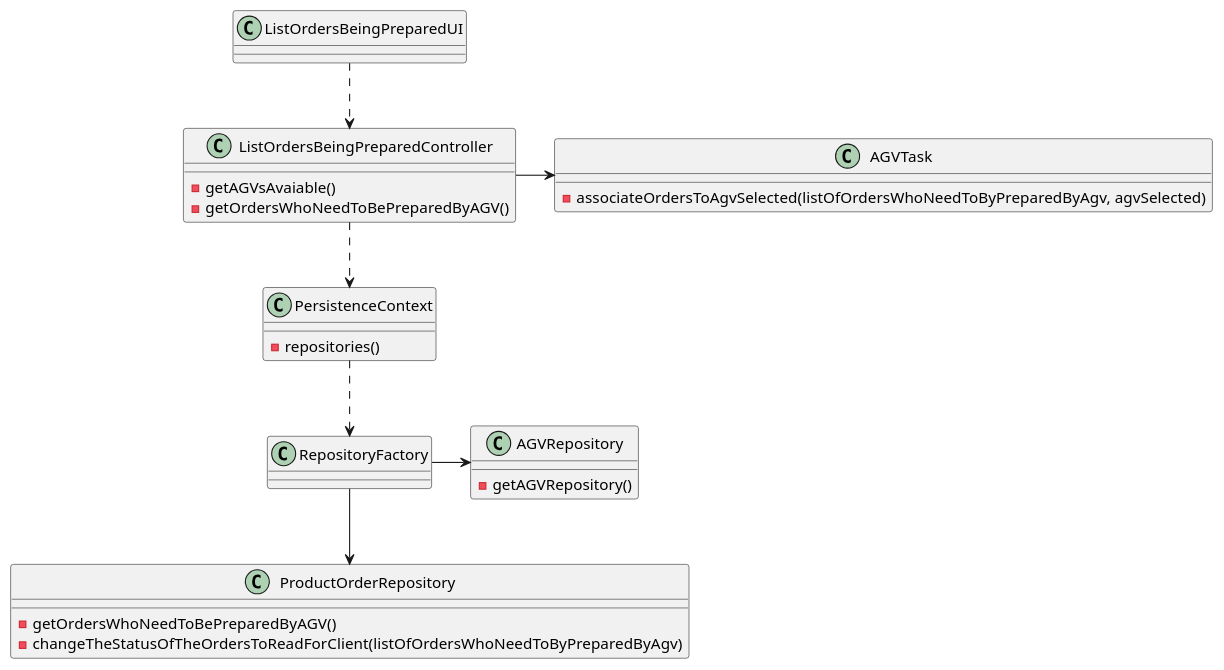
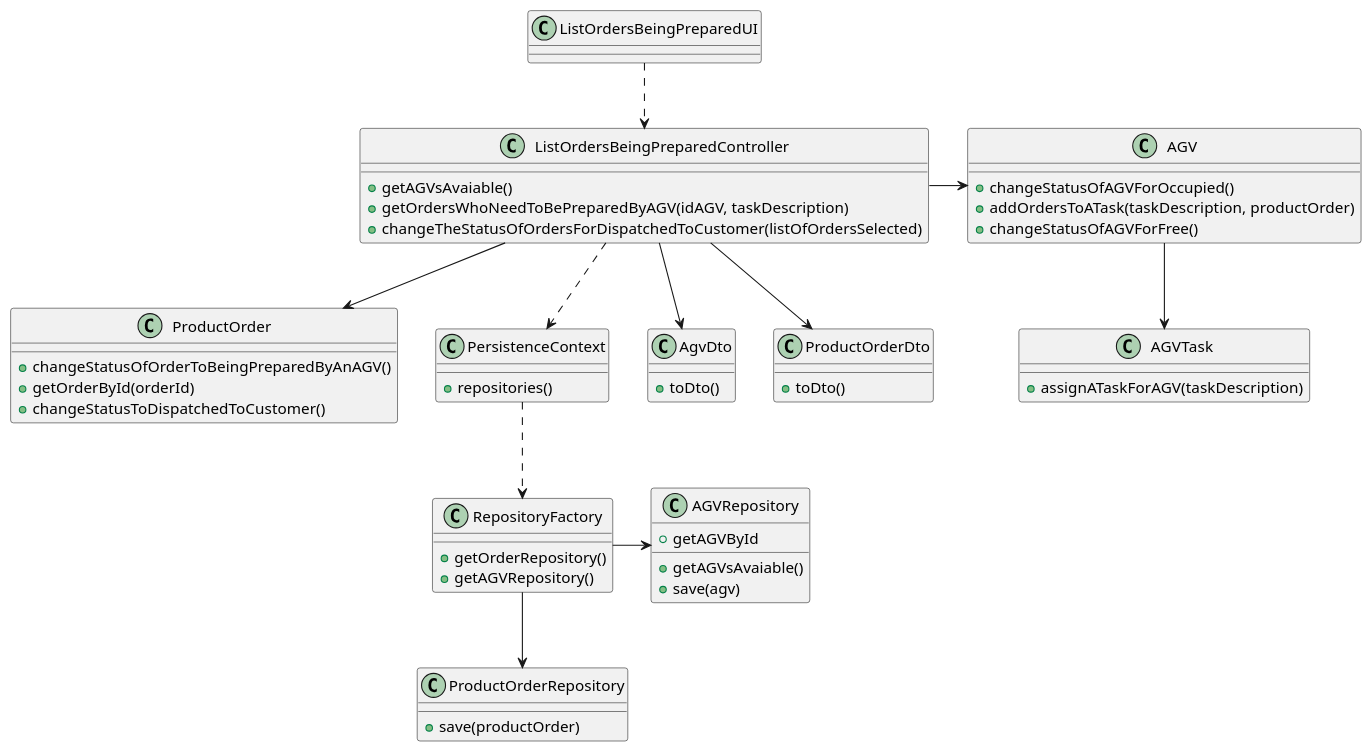
The diagram in docs/1200720/US2004/CD_US2004.puml (0franciscor/lei21_22_s4_2de_01), drawn with PlantUML before and after one commit. The commit also changed 4 other files, not shown here.

Commit message:
#20 - Class diagram changes to maintain consistency with changes made to the sequence diagram

```diff
--- a/docs/1200720/US2004/CD_US2004.puml
+++ b/docs/1200720/US2004/CD_US2004.puml
@@ -1,50 +1,84 @@
 @startuml
 'https://plantuml.com/sequence-diagram
 
 class ListOrdersBeingPreparedUI
 class ListOrdersBeingPreparedController
+class AGV
 class AGVTask
+class ProductOrder
 class PersistenceContext
 class RepositoryFactory
 class AGVRepository
 class ProductOrderRepository
+class AgvDto
+class ProductOrderDto
 
+
+class ProductOrderDto {
+    + toDto()
+}
+
+class AgvDto {
+    + toDto()
+
+}
+
+class ProductOrder {
+
+    + changeStatusOfOrderToBeingPreparedByAnAGV()
+    + getOrderById(orderId)
+    + changeStatusToDispatchedToCustomer()
+
+}
+
+class AGV {
+    + changeStatusOfAGVForOccupied()
+    + addOrdersToATask(taskDescription, productOrder)
+    + changeStatusOfAGVForFree()
+}
 class ListOrdersBeingPreparedController {
-    - getAGVsAvaiable()
-    - getOrdersWhoNeedToBePreparedByAGV()
-
+    + getAGVsAvaiable()
+    + getOrdersWhoNeedToBePreparedByAGV(idAGV, taskDescription)
+    + changeTheStatusOfOrdersForDispatchedToCustomer(listOfOrdersSelected)
 
 }
 
 class AGVTask {
-    - associateOrdersToAgvSelected(listOfOrdersWhoNeedToByPreparedByAgv, agvSelected)
+    + assignATaskForAGV(taskDescription)
 }
 
 class AGVRepository {
-    - getAGVRepository()
+    + getAGVsAvaiable()
+    + getAGVById
+    + save(agv)
 }
 
 
 class ProductOrderRepository {
-    - getOrdersWhoNeedToBePreparedByAGV()
-    - changeTheStatusOfTheOrdersToReadForClient(listOfOrdersWhoNeedToByPreparedByAgv)
+    + save(productOrder)
 }
 
 class PersistenceContext {
-    - repositories()
+    + repositories()
 }
 
 class RepositoryFactory{
 
+    + getOrderRepository()
+    + getAGVRepository()
 }
 
 
 ListOrdersBeingPreparedUI ..> ListOrdersBeingPreparedController
 ListOrdersBeingPreparedController ..> PersistenceContext
 PersistenceContext ..> RepositoryFactory
 RepositoryFactory -> AGVRepository
 RepositoryFactory --> ProductOrderRepository
-ListOrdersBeingPreparedController -> AGVTask
+ListOrdersBeingPreparedController -> AGV
+ListOrdersBeingPreparedController --> ProductOrder
+AGV --> AGVTask
 
+ListOrdersBeingPreparedController --> AgvDto
+ListOrdersBeingPreparedController --> ProductOrderDto
 
 @enduml
```
